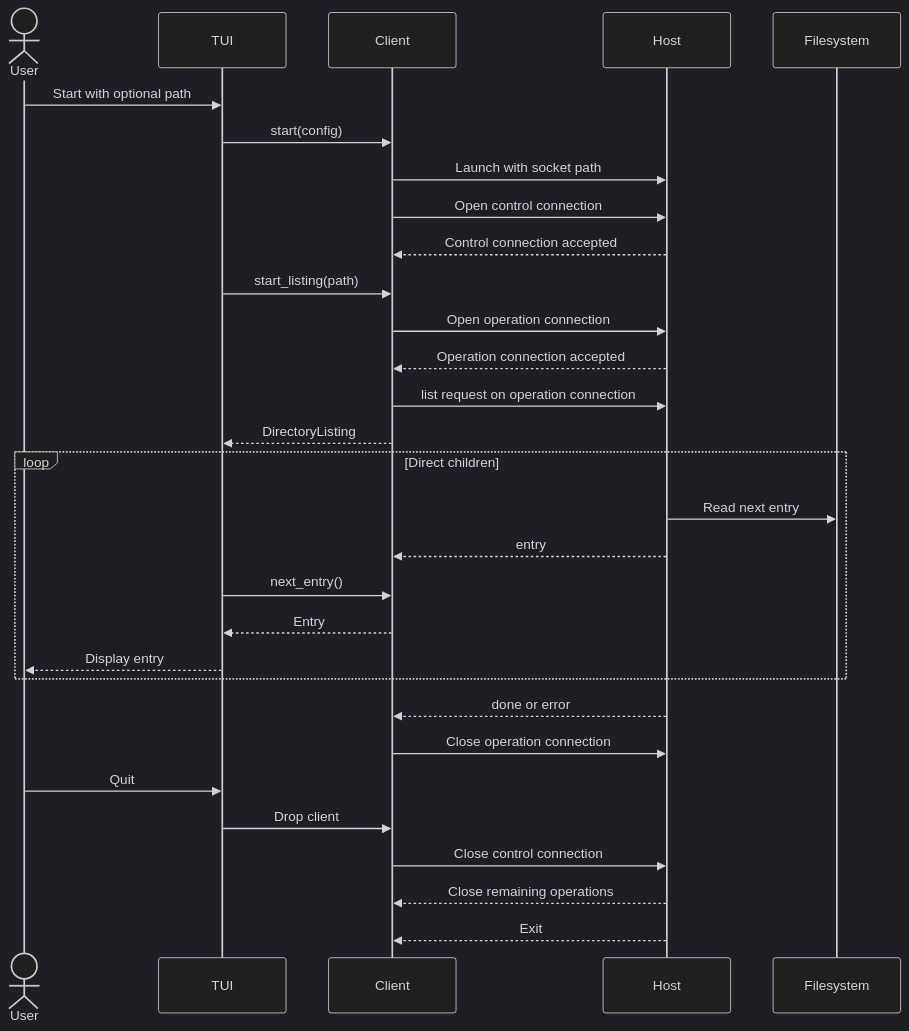
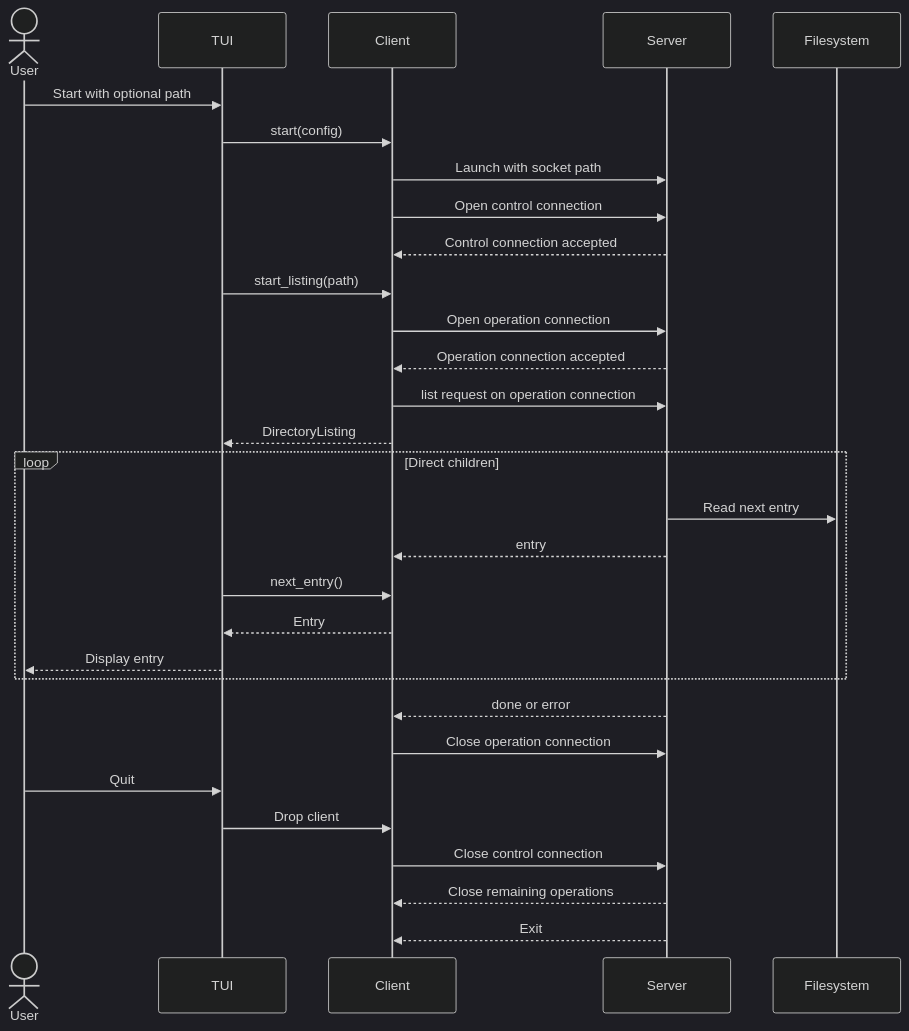
One commit to tanchihpin0517/file-peeker changed the second of 2 diagrams in docs/architecture.md. Above: the diagram before and after it, drawn with Mermaid (dark theme). The commit also changed other lines of this file and 27 other files, not shown here.

````diff
--- a/docs/architecture.md
+++ b/docs/architecture.md
@@ -424,33 +424,33 @@
 ```mermaid
 sequenceDiagram
     actor User
     participant TUI
     participant Client
-    participant Host
+    participant Server
     participant FS as Filesystem
 
     User->>TUI: Start with optional path
     TUI->>Client: start(config)
-    Client->>Host: Launch with socket path
-    Client->>Host: Open control connection
-    Host-->>Client: Control connection accepted
+    Client->>Server: Launch with socket path
+    Client->>Server: Open control connection
+    Server-->>Client: Control connection accepted
     TUI->>Client: start_listing(path)
-    Client->>Host: Open operation connection
-    Host-->>Client: Operation connection accepted
-    Client->>Host: list request on operation connection
+    Client->>Server: Open operation connection
+    Server-->>Client: Operation connection accepted
+    Client->>Server: list request on operation connection
     Client-->>TUI: DirectoryListing
     loop Direct children
-        Host->>FS: Read next entry
-        Host-->>Client: entry
+        Server->>FS: Read next entry
+        Server-->>Client: entry
         TUI->>Client: next_entry()
         Client-->>TUI: Entry
         TUI-->>User: Display entry
     end
-    Host-->>Client: done or error
-    Client->>Host: Close operation connection
+    Server-->>Client: done or error
+    Client->>Server: Close operation connection
     User->>TUI: Quit
     TUI->>Client: Drop client
-    Client->>Host: Close control connection
-    Host-->>Client: Close remaining operations
-    Host-->>Client: Exit
+    Client->>Server: Close control connection
+    Server-->>Client: Close remaining operations
+    Server-->>Client: Exit
 ```
````
